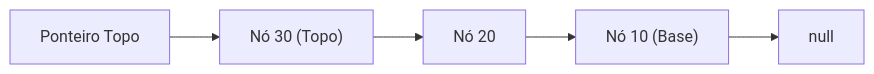
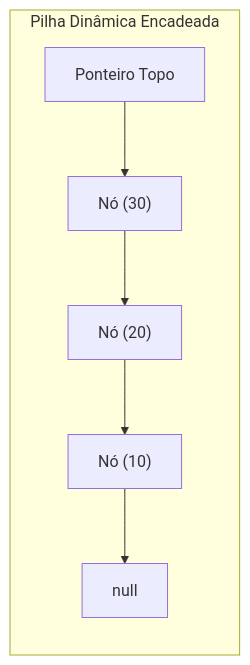
One commit to murilolol/unifef changed diagram 18 of 22 in 4º Semestre/[Prof. Wesley Soares] Estrutura de Dados I/Resumos-IA/Caderno-Consolidado.md. Above: the diagram before and after it, drawn with Mermaid. The commit also changed other lines of this file and 25 other files, not shown here.

````diff
--- a/4º Semestre/[Prof. Wesley Soares] Estrutura de Dados I/Resumos-IA/Caderno-Consolidado.md
+++ b/4º Semestre/[Prof. Wesley Soares] Estrutura de Dados I/Resumos-IA/Caderno-Consolidado.md
@@ -1008,7 +1063,9 @@
 ```mermaid
 flowchart LR
-    TopoPtr["Ponteiro Topo"] --> N3["Nó 30 (Topo)"]
-    N3 --> N2["Nó 20"]
-    N2 --> N1["Nó 10 (Base)"]
-    N1 --> Nulo["null"]
+    subgraph PilhaEncadeada["Pilha Dinâmica Encadeada"]
+        TopPtr["Ponteiro Topo"] --> N3["Nó (30)"]
+        N3 --> N2["Nó (20)"]
+        N2 --> N1["Nó (10)"]
+        N1 --> Nulo["null"]
+    end
 ```
````
